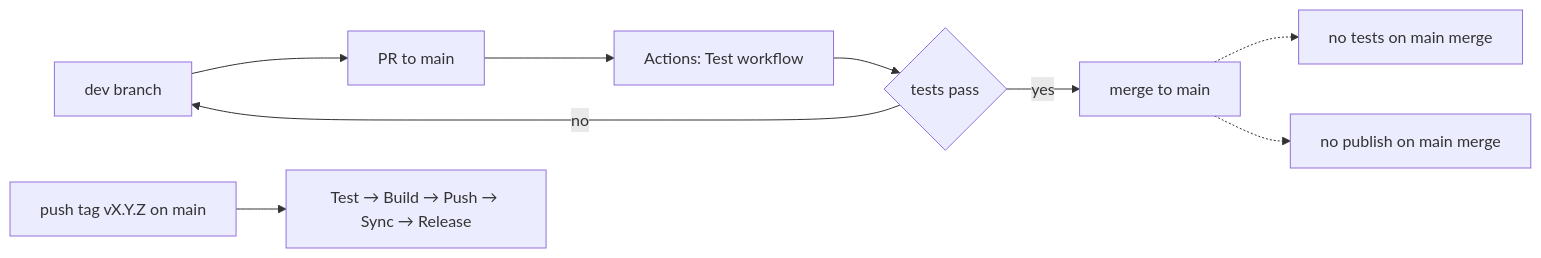
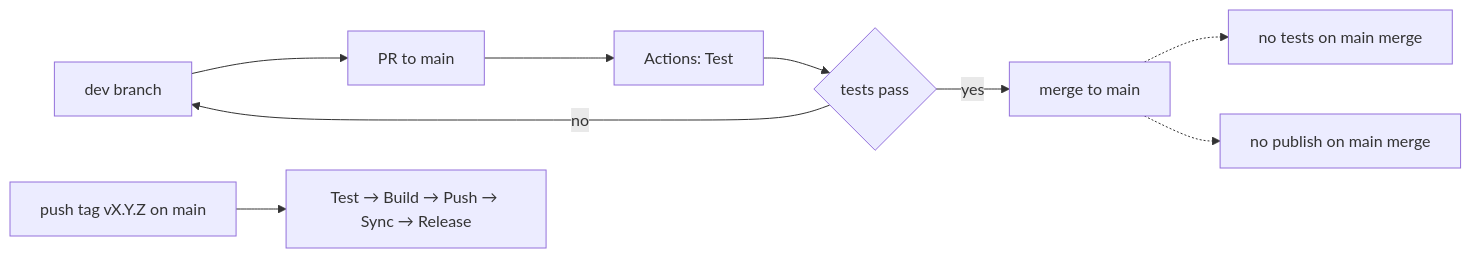
The first of 2 diagrams in docs/developer/DEVELOPER_GUIDE.md (FirbyKirby/udp-broadcast-relay), drawn with Mermaid before and after one commit. The commit also changed other lines of this file and 6 other files, not shown here.

````diff
--- a/docs/developer/DEVELOPER_GUIDE.md
+++ b/docs/developer/DEVELOPER_GUIDE.md
@@ -7,11 +14,11 @@
 ```mermaid
 flowchart LR
   dev[dev branch] --> pr[PR to main]
-  pr --> checks[Actions: Test workflow]
+  pr --> checks[Actions: Test]
   checks --> ok{tests pass}
   ok -- yes --> merge[merge to main]
   ok -- no --> dev
   merge -.-> noTests[no tests on main merge]
   merge -.-> noPublish[no publish on main merge]
   mainTag[push tag vX.Y.Z on main] --> chain[Test → Build → Push → Sync → Release]
 ```
````
